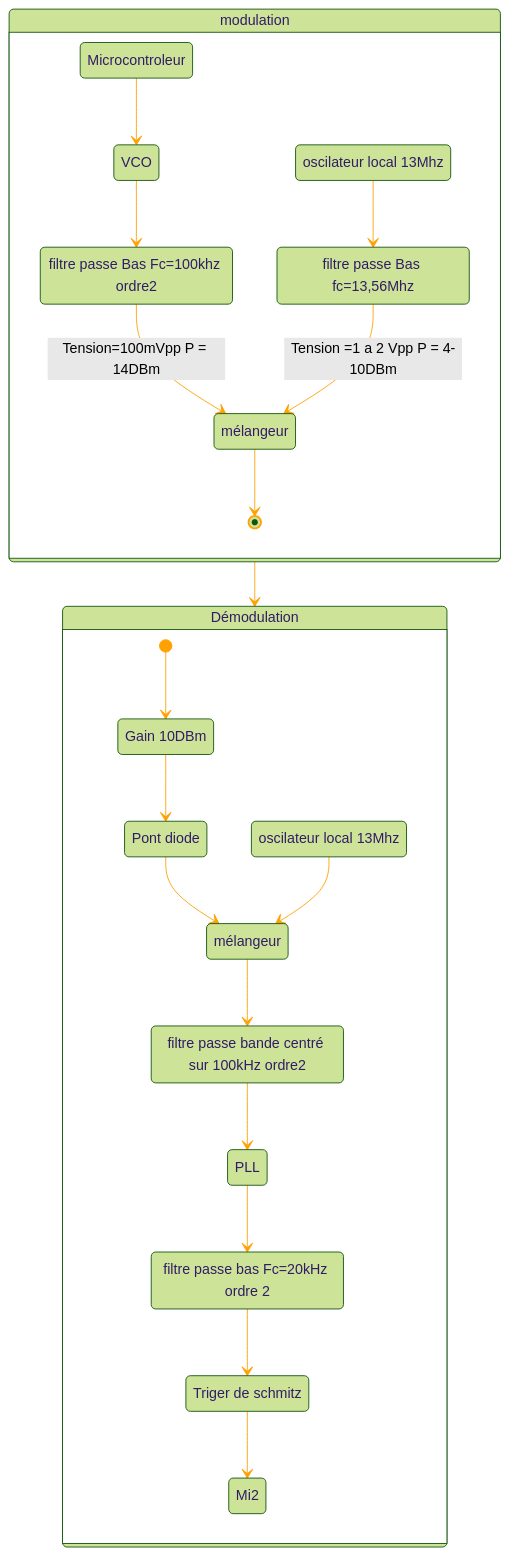
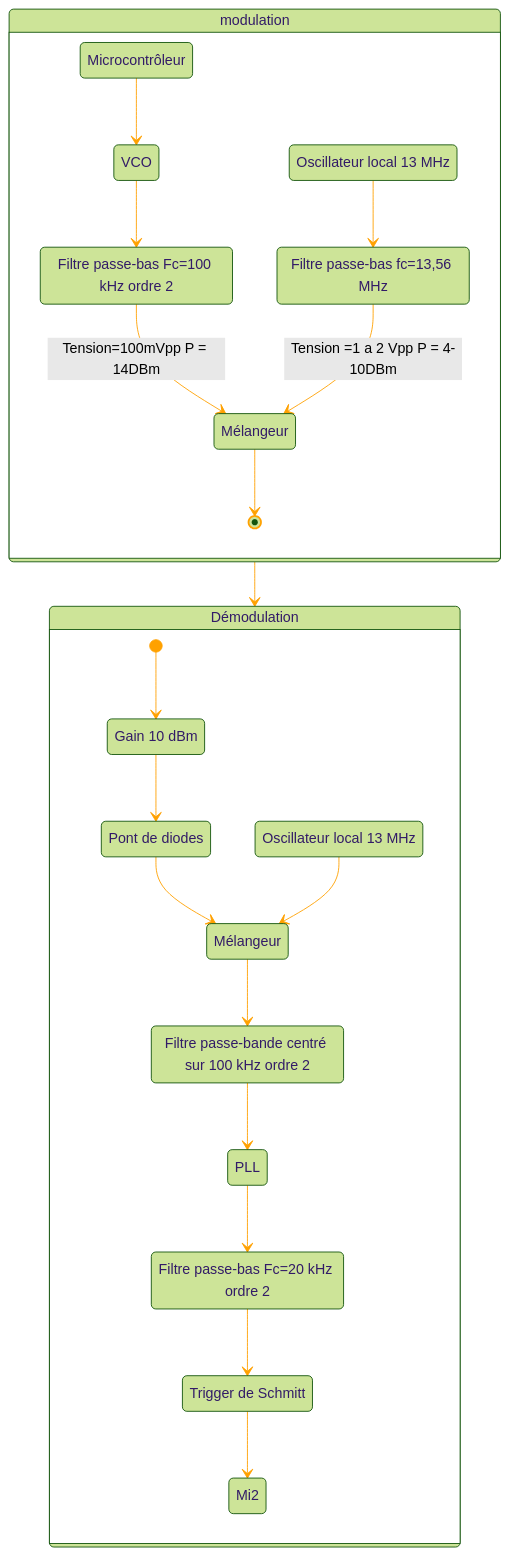
The diagram in HF/ReadMe.md (mg-mods/iut-lyon1-but-geii-sae-6), drawn with Mermaid before and after one commit. The commit also changed other lines of this file and 1 other file, not shown here.

````diff
--- a/HF/ReadMe.md
+++ b/HF/ReadMe.md
@@ -11,58 +12,58 @@
 ```mermaid
 ---
 config:
   theme: forest
   themeVariables:
     lineColor: '#FFA100'
 
 ---
 
 stateDiagram
   direction TB
   state modulation {
     direction TB
     Mi1 --> V1
     Ol1 --> PB1
     V1 --> PB2
     PB2 --> Me1 :Tension=100mVpp P = 14DBm
     PB1 --> Me1 :Tension =1 a 2 Vpp P = 4-10DBm
     Me1 --> [*]
     Mi1
     V1
     Ol1
     PB1
     PB2
     Me1
   }
   state Démodulation {
     direction TB
     [*] --> G
     G-->PD
     PD --> Me2
     Ol2 --> Me2
     Me2 --> PB3
     PB3 --> PLL
     PLL --> PB4
     PB4 -->trig
      trig -->Mi2
 [*]    Me2
     Ol2
     PB3
     PLL
     Mi2
   }
   modulation --> Démodulation
-  Mi1:Microcontroleur
+  Mi1:Microcontrôleur
   V1:VCO
-  Ol1:oscilateur local 13Mhz
-  PB1:filtre passe Bas fc=13,56Mhz
-  PB2:filtre passe Bas Fc=100khz ordre2
-  Me1:mélangeur
-  Me2:mélangeur
-  Ol2:oscilateur local 13Mhz
-  PB3:filtre passe bande centré sur 100kHz ordre2
-  PB4:filtre passe bas Fc=20kHz ordre 2
-  trig:Triger de schmitz
-  PD:Pont diode
-  G:Gain 10DBm
-  ```
+  Ol1:Oscillateur local 13 MHz
+  PB1:Filtre passe-bas fc=13,56 MHz
+  PB2:Filtre passe-bas Fc=100 kHz ordre 2
+  Me1:Mélangeur
+  Me2:Mélangeur
+  Ol2:Oscillateur local 13 MHz
+  PB3:Filtre passe-bande centré sur 100 kHz ordre 2
+  PB4:Filtre passe-bas Fc=20 kHz ordre 2
+  trig:Trigger de Schmitt
+  PD:Pont de diodes
+  G:Gain 10 dBm
+```
````
